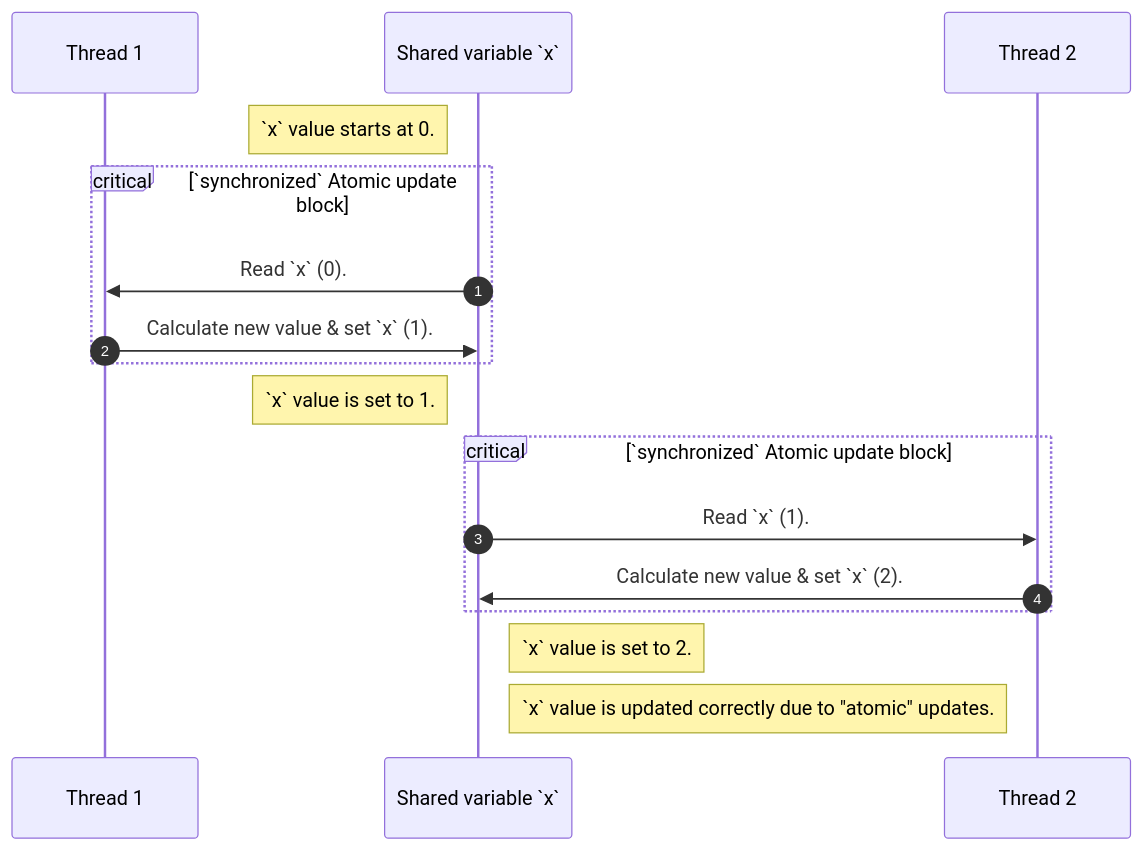
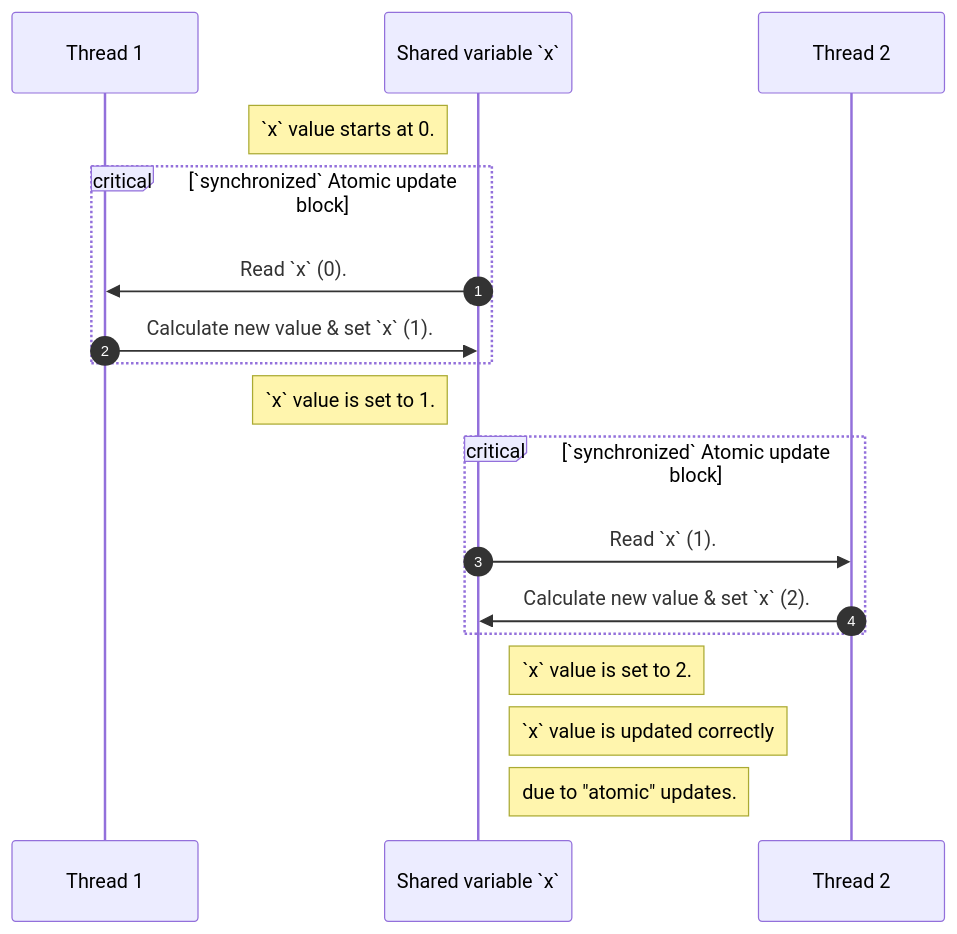
One commit to realityexpander/How_to_program_from_ground_up changed the third of 3 diagrams in 12-ParallelProcessing.md. Above: the diagram before and after it, drawn with Mermaid. The commit also changed other lines of this file and 2 other files, not shown here.

Commit message:
fix spelling & diagrams

````diff
--- a/12-ParallelProcessing.md
+++ b/12-ParallelProcessing.md
@@ -179,20 +180,21 @@
   ```mermaid
     sequenceDiagram
         autonumber
         participant Thread 1
         participant Shared variable `x`
         participant Thread 2
             Note left of Shared variable `x`: `x` value starts at 0.
         critical `synchronized` Atomic update block 
           Shared variable `x`->>Thread 1: Read `x` (0).
           Thread 1->>Shared variable `x`: Calculate new value & set `x` (1).
         end 
         Note left of Shared variable `x`: `x` value is set to 1.
         critical `synchronized` Atomic update block 
           Shared variable `x`->>Thread 2: Read `x` (1).
           Thread 2->>Shared variable `x`: Calculate new value & set `x` (2).
         end
         Note right of Shared variable `x`: `x` value is set to 2.
-        Note right of Shared variable `x`: `x` value is updated correctly due to "atomic" updates.
+        Note right of Shared variable `x`: `x` value is updated correctly
+        Note right of Shared variable `x`:  due to "atomic" updates.
   
   ```
````
